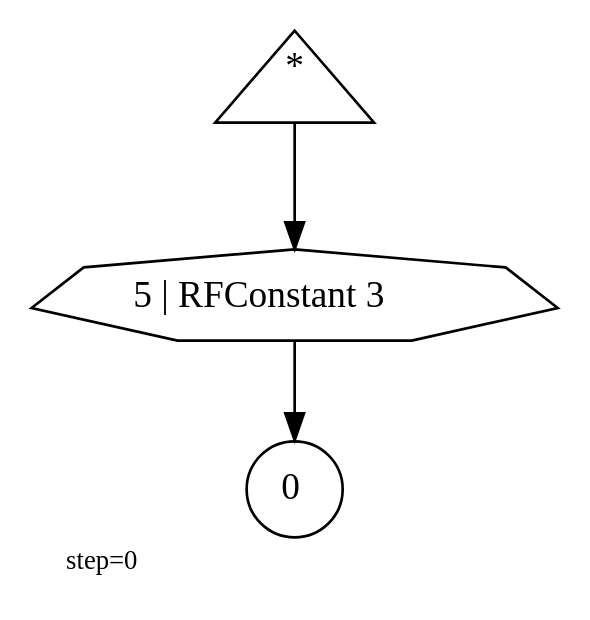
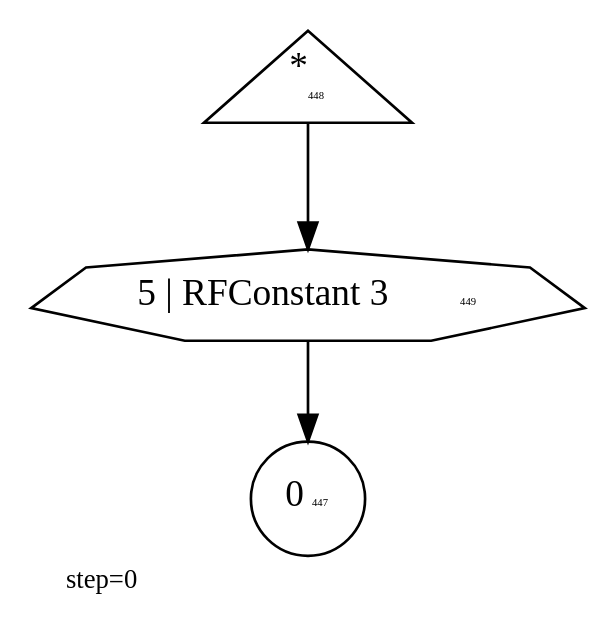
Before and after one commit to abarbu/machinations: the diagram in ours/101-connections/0060.dot, drawn with Graphviz. The commit also changed 824 other files, not shown here.

```diff
--- a/ours/101-connections/0060.dot
+++ b/ours/101-connections/0060.dot
@@ -1,8 +1,8 @@
 digraph {
   graph  [labelloc=bottom,labeljust=left,fontsize="10",label="step=0"];
-  "447" [shape=circle,peripheries="1",label=<0>,labelfontcolor=black,color=black];
-  "448" [shape=triangle,peripheries="1",label=<<SUP>*</SUP>>,labelfontcolor=black,color=black];
-  "449" [label=<5 | RFConstant 3>,peripheries="1",color=black,shape=septagon];
+  "447" [shape=circle,peripheries="1",label=<0<FONT POINT-SIZE='4'>447</FONT>>,labelfontcolor=black,color=black];
+  "448" [shape=triangle,peripheries="1",label=<<SUP>*</SUP><FONT POINT-SIZE='4'>448</FONT>>,labelfontcolor=black,color=black];
+  "449" [label=<5 | RFConstant 3<FONT POINT-SIZE='4'>449</FONT>>,peripheries="1",color=black,shape=septagon];
   "448" -> "449" [color=black];
   "449" -> "447" [color=black];
 }
```
